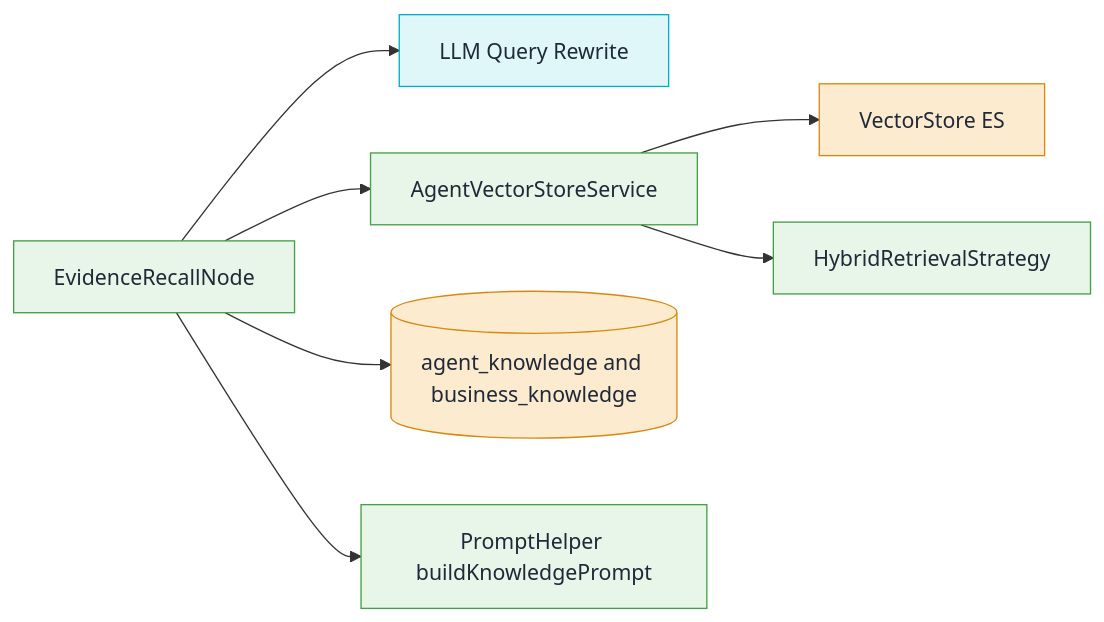
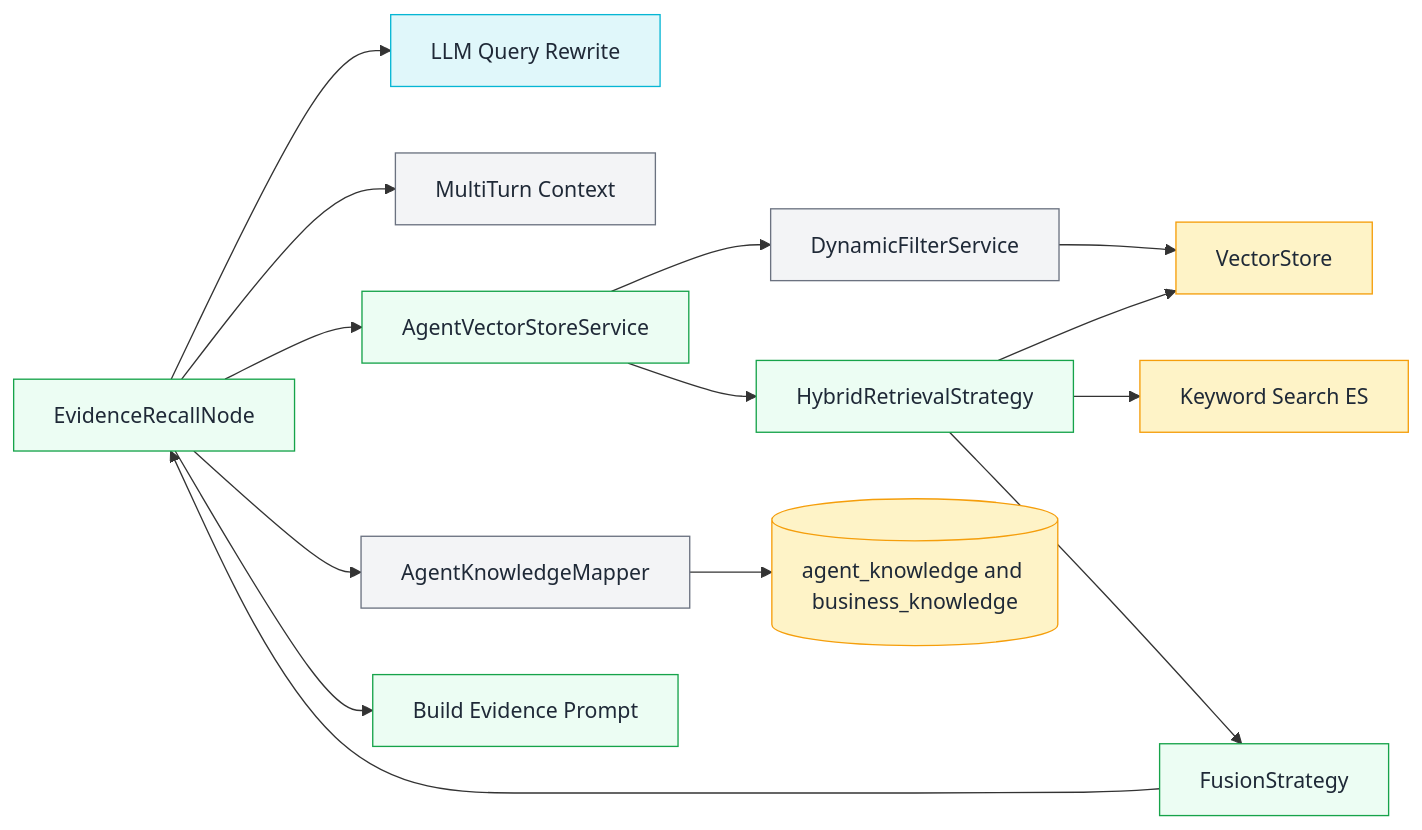
Before and after one commit to spring-ai-alibaba/DataAgent: the seventh of 18 diagrams in README.md, drawn with Mermaid. The commit also changed other lines of this file, not shown here.

Commit message:
refactor: enhance README with updated architecture diagrams, improved class definitions, and refined workflow processes for clarity

````diff
--- a/README.md
+++ b/README.md
@@ -242,17 +334,27 @@
 ```mermaid
 flowchart LR
   Evidence[EvidenceRecallNode] --> LLM[LLM Query Rewrite]
+  Evidence --> MultiTurn[MultiTurn Context]
   Evidence --> VectorSvc[AgentVectorStoreService]
-  VectorSvc --> VectorStore[VectorStore ES]
+  VectorSvc --> Filter[DynamicFilterService]
+  Filter --> VectorStore[VectorStore]
   VectorSvc --> Hybrid[HybridRetrievalStrategy]
-  Evidence --> KnowledgeDB[(agent_knowledge and business_knowledge)]
-  Evidence --> Prompt[PromptHelper buildKnowledgePrompt]
+  Hybrid --> Keyword[Keyword Search ES]
+  Hybrid --> VectorStore
+  Hybrid --> Fusion[FusionStrategy]
+  Fusion --> Evidence
+  Evidence --> KnowledgeMapper[AgentKnowledgeMapper]
+  KnowledgeMapper --> KnowledgeDB[(agent_knowledge and business_knowledge)]
+  Evidence --> Prompt[Build Evidence Prompt]
 
-  classDef service fill:#E8F5E9,stroke:#43A047,stroke-width:1px,color:#1F2937;
-  classDef llm fill:#E0F7FA,stroke:#00ACC1,stroke-width:1px,color:#1F2937;
-  classDef data fill:#FDEBD0,stroke:#D68910,stroke-width:1px,color:#1F2937;
+  classDef service fill:#ECFDF3,stroke:#16A34A,stroke-width:1px,color:#1F2937;
+  classDef llm fill:#E0F7FA,stroke:#06B6D4,stroke-width:1px,color:#1F2937;
+  classDef data fill:#FEF3C7,stroke:#F59E0B,stroke-width:1px,color:#1F2937;
+  classDef control fill:#F3F4F6,stroke:#6B7280,stroke-width:1px,color:#1F2937;
 
-  class Evidence,VectorSvc,Hybrid,Prompt service
+  class Evidence,VectorSvc,Hybrid,Fusion,Prompt service
   class LLM llm
   class VectorStore,KnowledgeDB data
+  class Filter,MultiTurn,KnowledgeMapper control
+  class Keyword data
 ```
````
